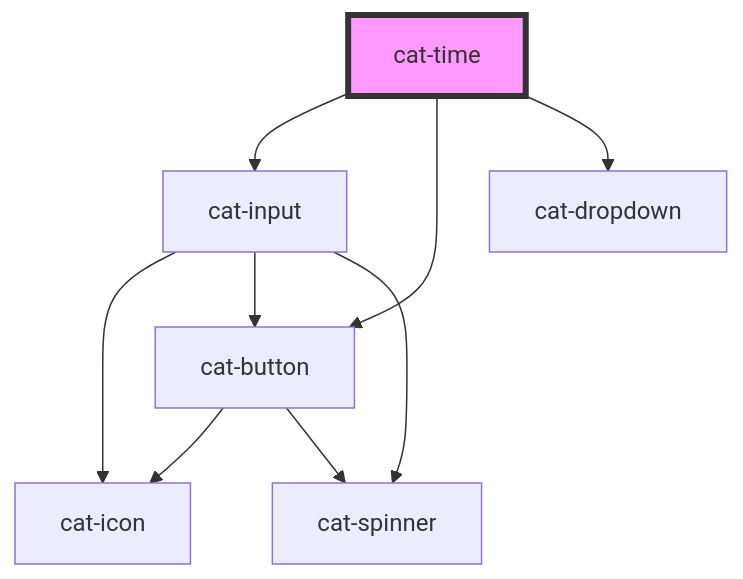
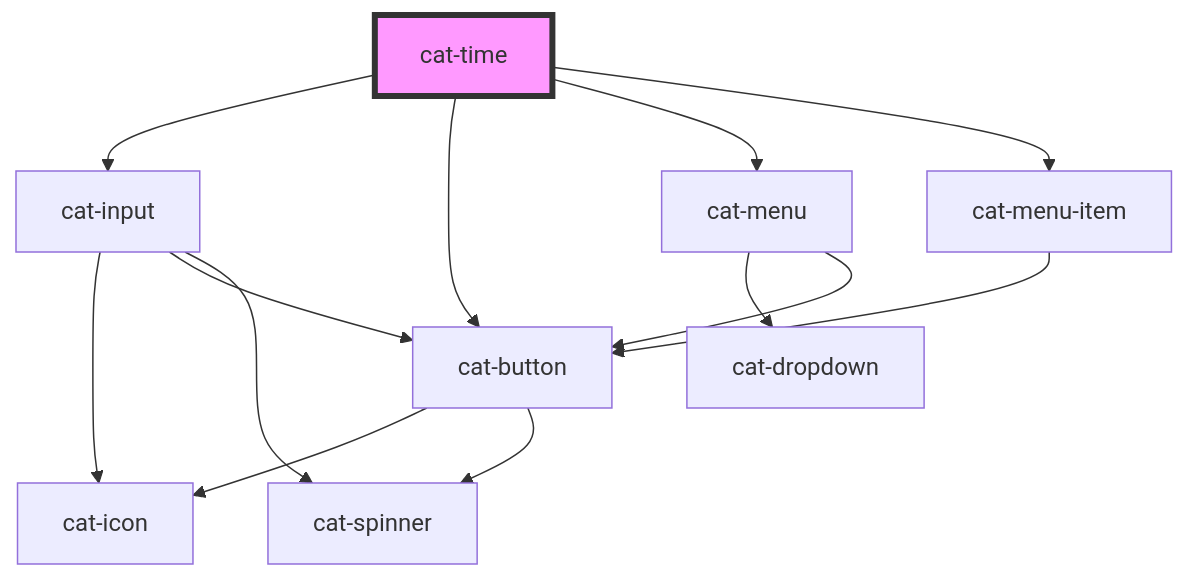
The diagram in core/src/components/cat-time/readme.md (haiilo/catalyst), drawn with Mermaid before and after one commit. The commit also changed other lines of this file and 20 other files, not shown here.

First line of the commit message:
feat(core): cat-menu (#910)

````diff
--- a/core/src/components/cat-time/readme.md
+++ b/core/src/components/cat-time/readme.md
@@ -119,12 +120,16 @@
 ```mermaid
 graph TD;
   cat-time --> cat-input
   cat-time --> cat-button
-  cat-time --> cat-dropdown
+  cat-time --> cat-menu
+  cat-time --> cat-menu-item
   cat-input --> cat-icon
   cat-input --> cat-button
   cat-input --> cat-spinner
   cat-button --> cat-icon
   cat-button --> cat-spinner
+  cat-menu --> cat-dropdown
+  cat-menu --> cat-button
+  cat-menu-item --> cat-button
   style cat-time fill:#f9f,stroke:#333,stroke-width:4px
 ```
````
